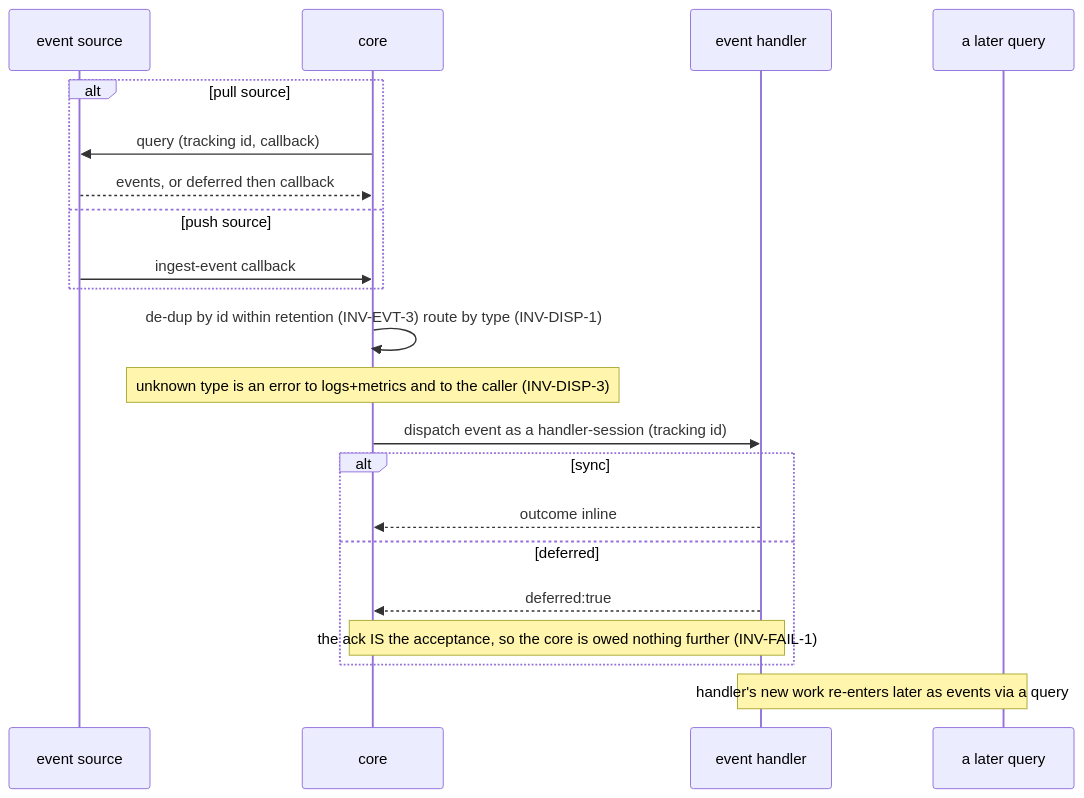
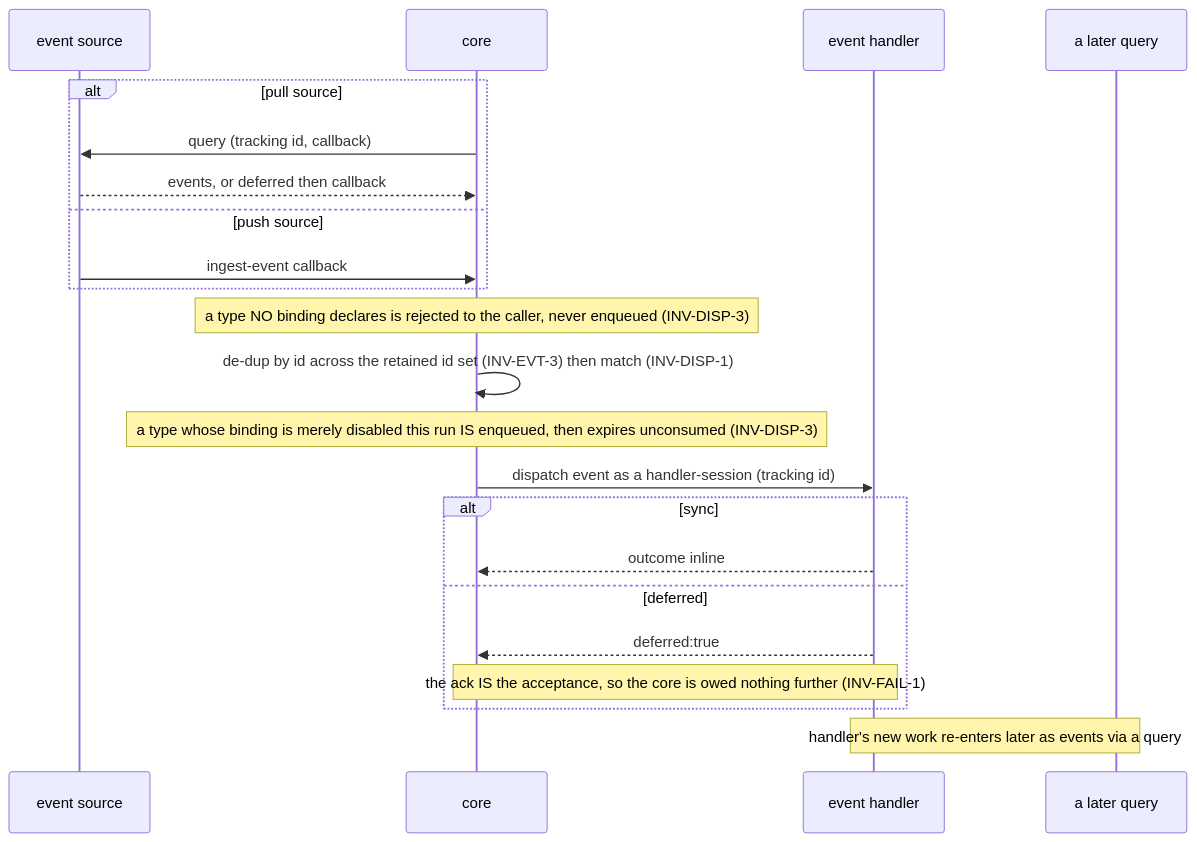
The second of 18 diagrams in packages/pr-pool/docs/behavior/journeys.md (phillipgreenii/nix-agent-support), drawn with Mermaid before and after one commit. The commit also changed other lines of this file and 4 other files, not shown here.

````diff
--- a/packages/pr-pool/docs/behavior/journeys.md
+++ b/packages/pr-pool/docs/behavior/journeys.md
@@ -349,23 +217,24 @@
 ```mermaid
 sequenceDiagram
     participant SRC as event source
     participant CORE as core
     participant HDL as event handler
     participant Q as a later query
     alt pull source
         CORE->>SRC: query (tracking id, callback)
         SRC-->>CORE: events, or deferred then callback
     else push source
         SRC->>CORE: ingest-event callback
     end
-    CORE->>CORE: de-dup by id within retention (INV-EVT-3) route by type (INV-DISP-1)
-    Note over CORE: unknown type is an error to logs+metrics and to the caller (INV-DISP-3)
+    Note over CORE: a type NO binding declares is rejected to the caller, never enqueued (INV-DISP-3)
+    CORE->>CORE: de-dup by id across the retained id set (INV-EVT-3) then match (INV-DISP-1)
+    Note over CORE: a type whose binding is merely disabled this run IS enqueued, then expires unconsumed (INV-DISP-3)
     CORE->>HDL: dispatch event as a handler-session (tracking id)
     alt sync
         HDL-->>CORE: outcome inline
     else deferred
         HDL-->>CORE: deferred:true
         Note over CORE,HDL: the ack IS the acceptance, so the core is owed nothing further (INV-FAIL-1)
     end
     Note over HDL,Q: handler's new work re-enters later as events via a query
 ```
````
